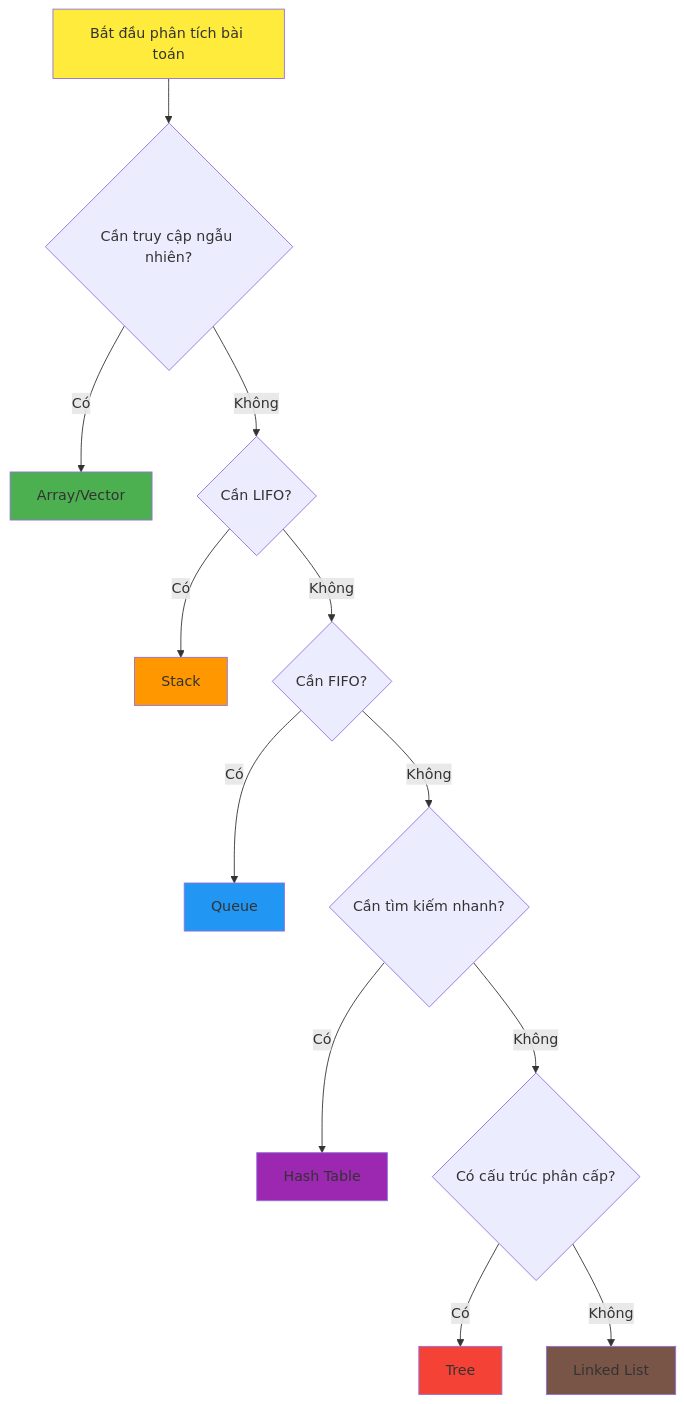
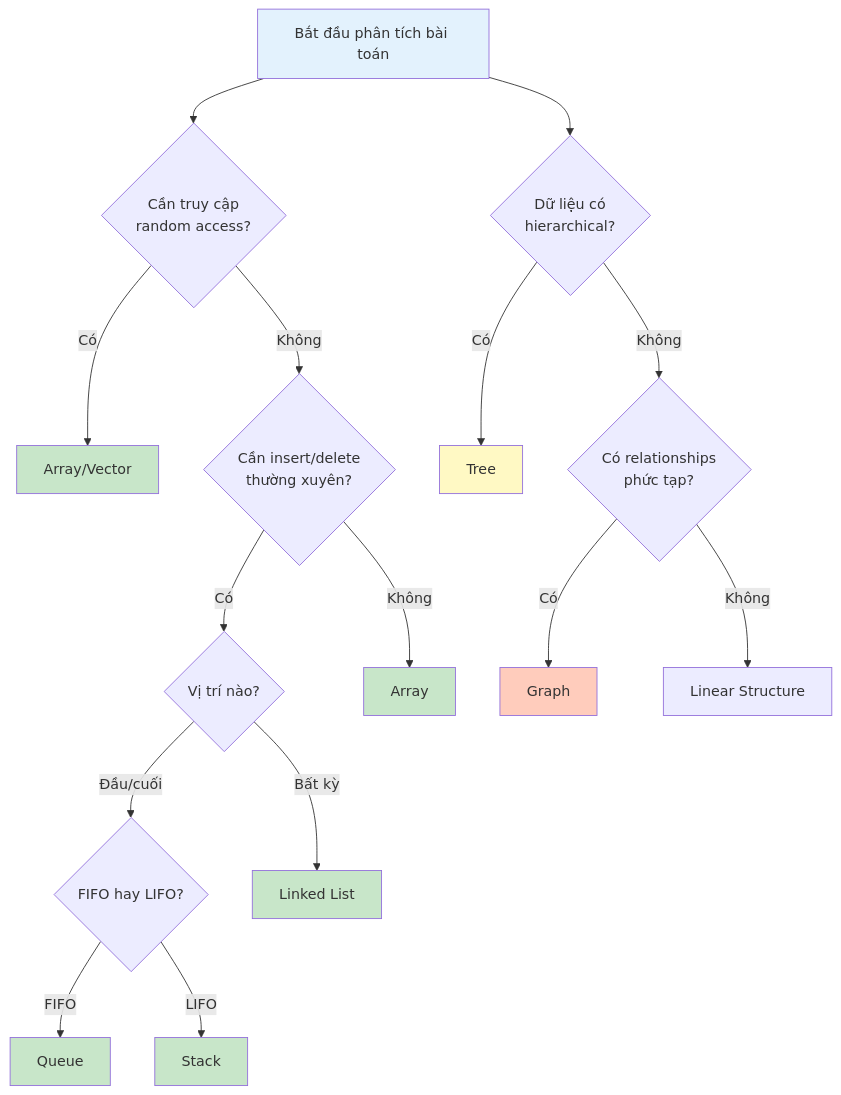
Before and after one commit to khieu-dv/vievlog: the third of 3 diagrams in src/content/soft-skills/dsa/bai-2.mdx, drawn with Mermaid. The commit also changed other lines of this file and 2 other files, not shown here.

````diff
--- a/src/content/soft-skills/dsa/bai-2.mdx
+++ b/src/content/soft-skills/dsa/bai-2.mdx
@@ -110,22 +108,32 @@
 ```mermaid
 flowchart TD
-    A[Bắt đầu phân tích bài toán] --> B{Cần truy cập ngẫu nhiên?}
+    A[Bắt đầu phân tích bài toán] --> B{Cần truy cập<br/>random access?}
+    
     B -->|Có| C[Array/Vector]
-    B -->|Không| D{Cần LIFO?}
-    D -->|Có| E[Stack]
-    D -->|Không| F{Cần FIFO?}
-    F -->|Có| G[Queue]
-    F -->|Không| H{Cần tìm kiếm nhanh?}
-    H -->|Có| I[Hash Table]
-    H -->|Không| J{Có cấu trúc phân cấp?}
-    J -->|Có| K[Tree]
-    J -->|Không| L[Linked List]
+    B -->|Không| D{Cần insert/delete<br/>thường xuyên?}
     
-    style A fill:#ffeb3b
-    style C fill:#4caf50
-    style E fill:#ff9800
-    style G fill:#2196f3
-    style I fill:#9c27b0
-    style K fill:#f44336
-    style L fill:#795548
+    D -->|Có| E{Vị trí nào?}
+    D -->|Không| F[Array]
+    
+    E -->|Đầu/cuối| G{FIFO hay LIFO?}
+    E -->|Bất kỳ| H[Linked List]
+    
+    G -->|FIFO| I[Queue]
+    G -->|LIFO| J[Stack]
+    
+    A --> K{Dữ liệu có<br/>hierarchical?}
+    K -->|Có| L[Tree]
+    K -->|Không| M{Có relationships<br/>phức tạp?}
+    
+    M -->|Có| N[Graph]
+    M -->|Không| O[Linear Structure]
+    
+    style A fill:#e3f2fd
+    style C fill:#c8e6c9
+    style F fill:#c8e6c9
+    style H fill:#c8e6c9
+    style I fill:#c8e6c9
+    style J fill:#c8e6c9
+    style L fill:#fff9c4
+    style N fill:#ffccbc
 ```
````
